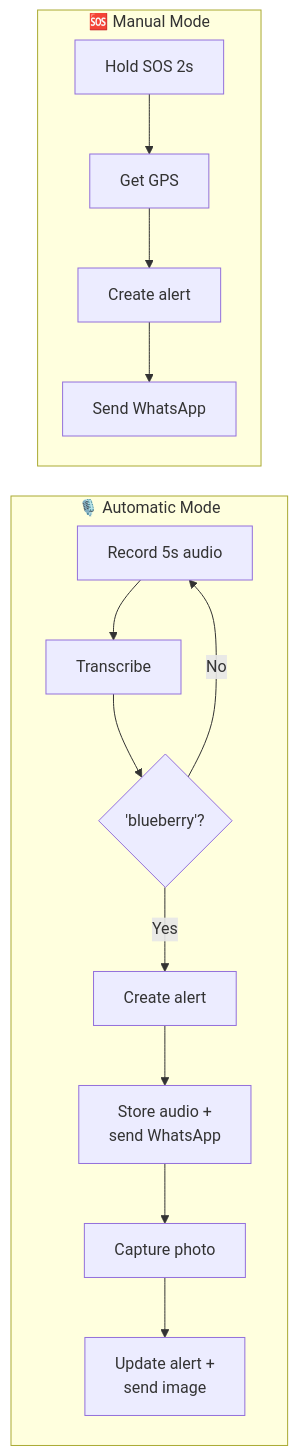
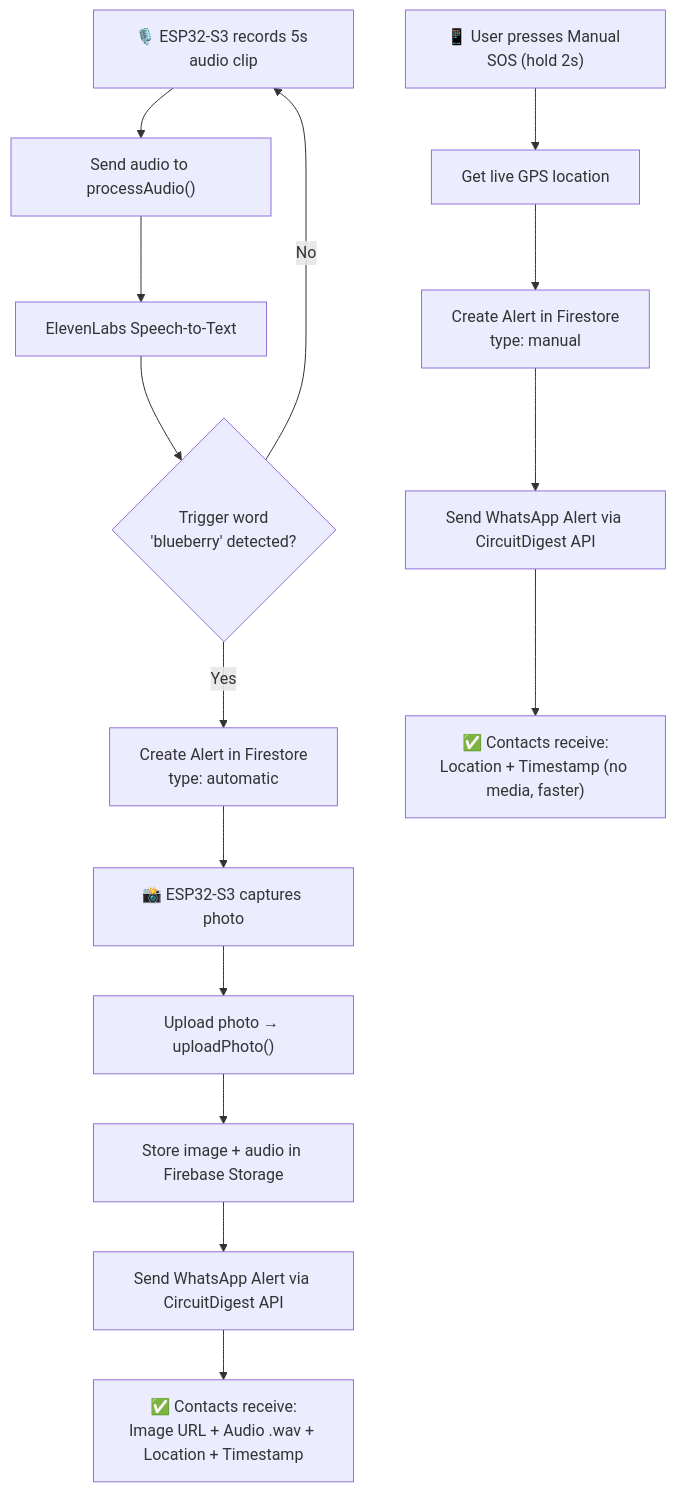
One commit to SubashreeT24/SheAlert changed the second of 2 diagrams in README.md. Above: the diagram before and after it, drawn with Mermaid. The commit also changed other lines of this file, not shown here.

First line of the commit message:
Refine README for automatic mode and alert flow

````diff
--- a/README.md
+++ b/README.md
@@ -94,21 +109,18 @@
 ```mermaid
-%%{init: {"flowchart": {"nodeSpacing": 30, "rankSpacing": 35, "htmlLabels": true}}}%%
-flowchart LR
-    subgraph AUTO["🎙️ Automatic Mode"]
-    direction TB
-        A1["Record 5s audio"] --> A2["Transcribe"]
-        A2 --> A3{"'blueberry'?"}
-        A3 -- No --> A1
-        A3 -- Yes --> A4["Create alert"]
-        A4 --> A5["Store audio +<br/>send WhatsApp"]
-        A5 --> A6["Capture photo"]
-        A6 --> A7["Update alert +<br/>send image"]
-    end
+flowchart TD
+    A["🎙️ ESP32-S3 records 5s audio clip"] --> B["Send audio to processAudio()"]
+    B --> C["ElevenLabs Speech-to-Text"]
+    C --> D{"Trigger word<br/>'blueberry' detected?"}
+    D -- No --> A
+    D -- Yes --> E["Create Alert in Firestore<br/>type: automatic"]
+    E --> F["📸 ESP32-S3 captures photo"]
+    F --> G["Upload photo → uploadPhoto()"]
+    G --> H["Store image + audio in Firebase Storage"]
+    H --> I["Send WhatsApp Alert via CircuitDigest API"]
+    I --> J["✅ Contacts receive:<br/>Image URL + Audio .wav + Location + Timestamp"]
 
-    subgraph MANUAL["🆘 Manual Mode"]
-    direction TB
-        M1["Hold SOS 2s"] --> M2["Get GPS"]
-        M2 --> M3["Create alert"]
-        M3 --> M4["Send WhatsApp"]
-    end
+    K["📱 User presses Manual SOS (hold 2s)"] --> L["Get live GPS location"]
+    L --> M["Create Alert in Firestore<br/>type: manual"]
+    M --> N["Send WhatsApp Alert via CircuitDigest API"]
+    N --> O["✅ Contacts receive:<br/>Location + Timestamp (no media, faster)"]
 ```
````
